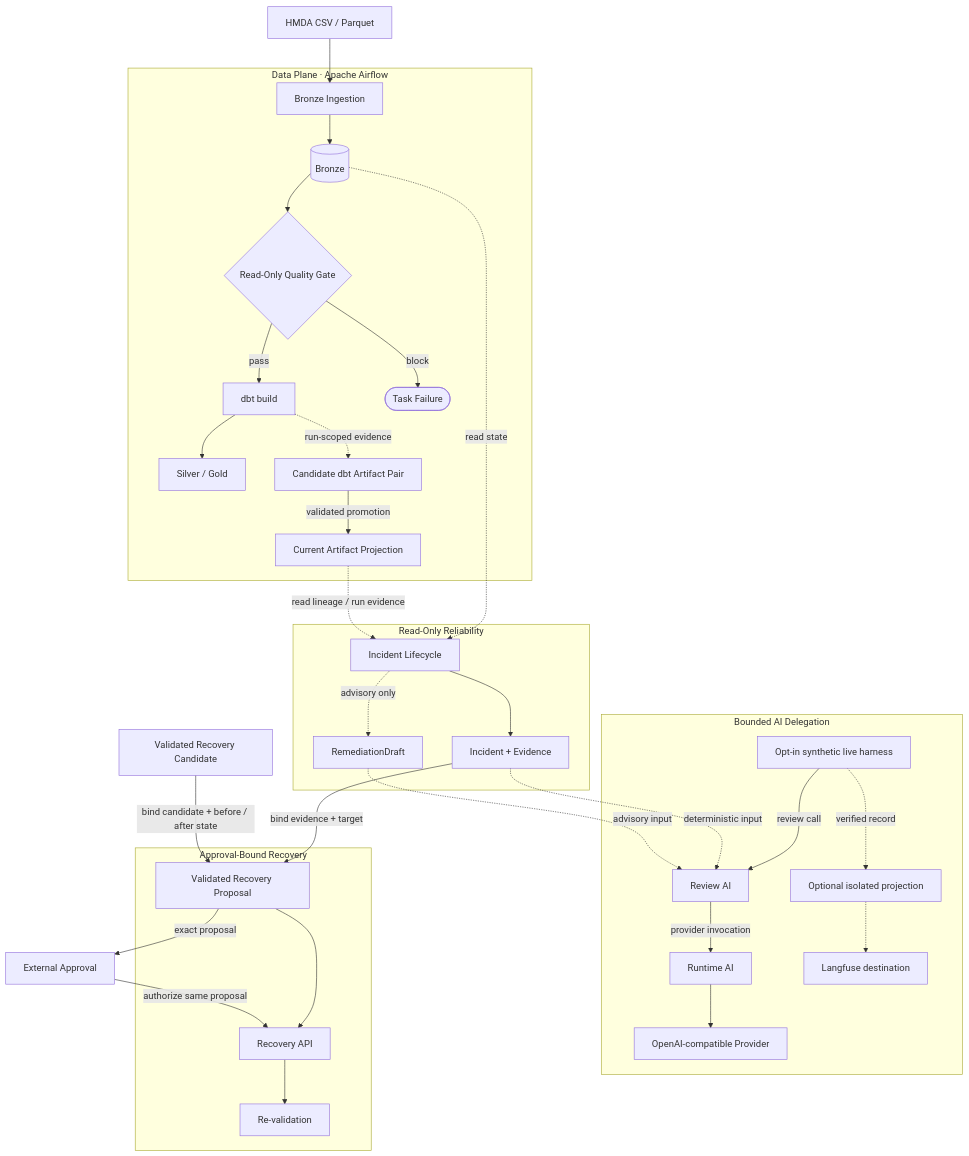
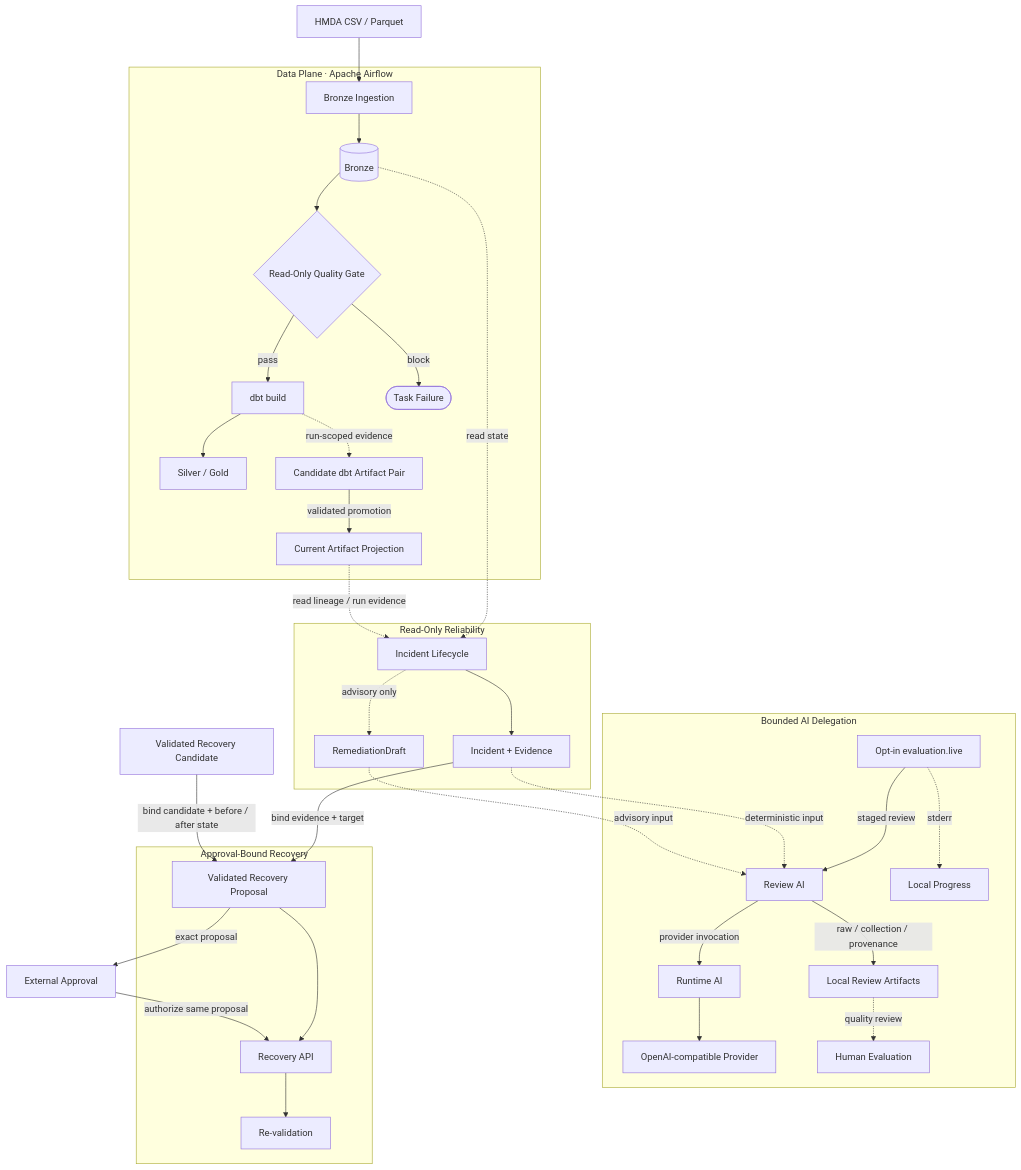
The diagram in docs/ARCHITECTURE.md (mols3131d/hmda-data-reliability), drawn with Mermaid before and after one commit. The commit also changed other lines of this file and 21 other files, not shown here.

````diff
--- a/docs/ARCHITECTURE.md
+++ b/docs/ARCHITECTURE.md
@@ -26,40 +26,41 @@
 ```mermaid
 flowchart TB
     files["HMDA CSV / Parquet"]
 
     subgraph data_plane ["Data Plane · Apache Airflow"]
         ingest["Bronze Ingestion"] --> bronze[("Bronze")]
         bronze --> gate{"Read-Only Quality Gate"}
         gate -->|pass| dbt["dbt build"] --> analytics["Silver / Gold"]
         gate -->|block| failed(["Task Failure"])
         dbt -.->|run-scoped evidence| candidate_artifacts["Candidate dbt Artifact Pair"]
         candidate_artifacts -->|validated promotion| current_artifacts["Current Artifact Projection"]
     end
 
     subgraph analysis_plane ["Read-Only Reliability"]
         lifecycle["Incident Lifecycle"] --> incident["Incident + Evidence"]
         lifecycle -.->|advisory only| draft["RemediationDraft"]
     end
 
     subgraph ai_plane ["Bounded AI Delegation"]
-        live_harness["Opt-in synthetic live harness"] -->|review call| review["Review AI"]
+        live_harness["Opt-in evaluation.live"] -->|staged review| review["Review AI"]
         review -->|provider invocation| runtime["Runtime AI"]
         runtime --> provider["OpenAI-compatible Provider"]
-        live_harness -.->|verified record| projection["Optional isolated projection"]
-        projection -.-> langfuse["Langfuse destination"]
+        review -->|raw / collection / provenance| local_review["Local Review Artifacts"]
+        live_harness -.->|stderr| progress["Local Progress"]
+        local_review -.->|quality review| human_review["Human Evaluation"]
     end
 
     subgraph recovery_plane ["Approval-Bound Recovery"]
         proposal["Validated Recovery Proposal"] --> recovery["Recovery API"] --> verify["Re-validation"]
     end
 
     files --> ingest
     bronze -.->|read state| lifecycle
     current_artifacts -.->|read lineage / run evidence| lifecycle
     incident -.->|deterministic input| review
     draft -.->|advisory input| review
     incident -->|bind evidence + target| proposal
     recovery_candidate["Validated Recovery Candidate"] -->|bind candidate + before / after state| proposal
     proposal -->|exact proposal| approval["External Approval"]
     approval -->|authorize same proposal| recovery
 ```
````
